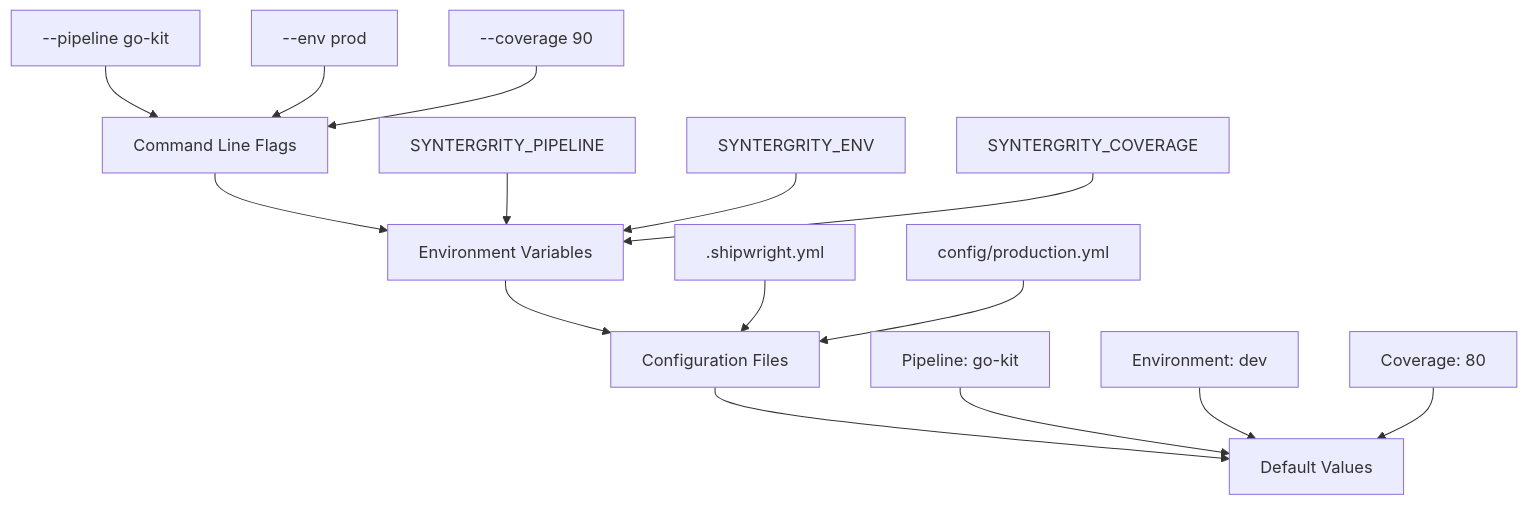
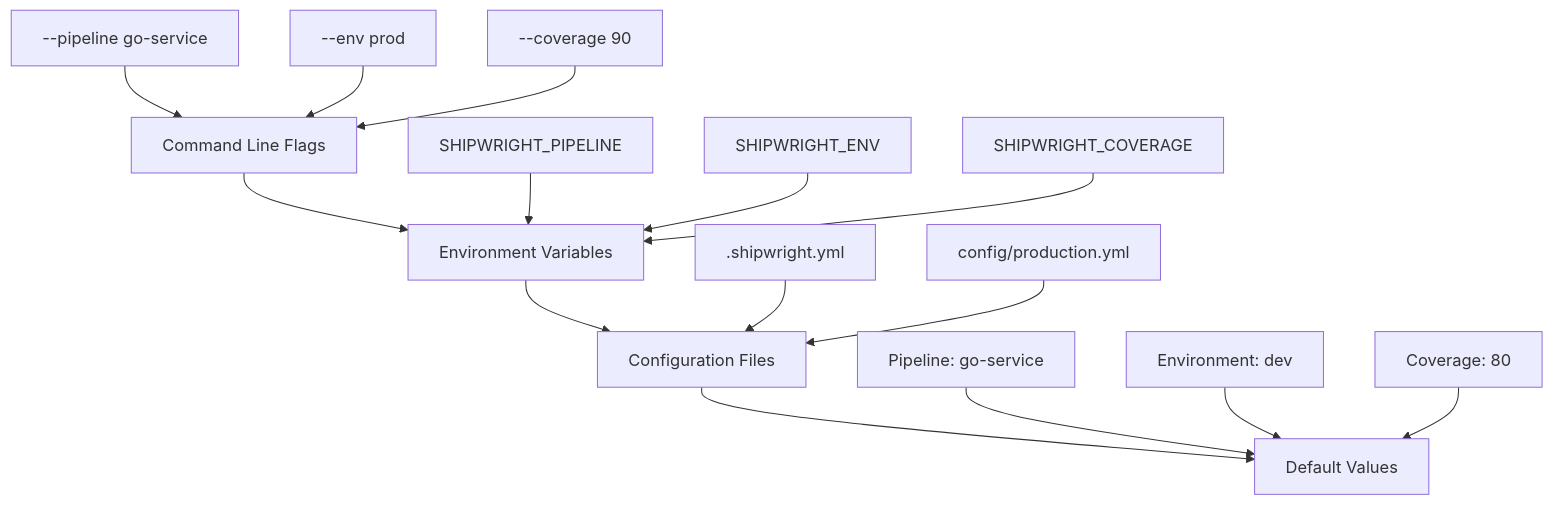
The diagram in docs/CONFIGURATION.md (pablogore/shipwright), drawn with Mermaid before and after one commit. The commit also changed other lines of this file and 11 other files, not shown here.

First line of the commit message:
docs: fix retired go-kit pipeline references and stale env var prefix

````diff
--- a/docs/CONFIGURATION.md
+++ b/docs/CONFIGURATION.md
@@ -14,21 +14,21 @@
 ```mermaid
 flowchart TD
     A[Command Line Flags] --> B[Environment Variables]
     B --> C[Configuration Files]
     C --> D[Default Values]
     
-    A1[--pipeline go-kit] --> A
+    A1[--pipeline go-service] --> A
     A2[--env prod] --> A
     A3[--coverage 90] --> A
     
-    B1[SYNTERGRITY_PIPELINE] --> B
-    B2[SYNTERGRITY_ENV] --> B
-    B3[SYNTERGRITY_COVERAGE] --> B
+    B1[SHIPWRIGHT_PIPELINE] --> B
+    B2[SHIPWRIGHT_ENV] --> B
+    B3[SHIPWRIGHT_COVERAGE] --> B
     
     C1[.shipwright.yml] --> C
     C2[config/production.yml] --> C
     
-    D1[Pipeline: go-kit] --> D
+    D1[Pipeline: go-service] --> D
     D2[Environment: dev] --> D
     D3[Coverage: 80] --> D
 ```
````
